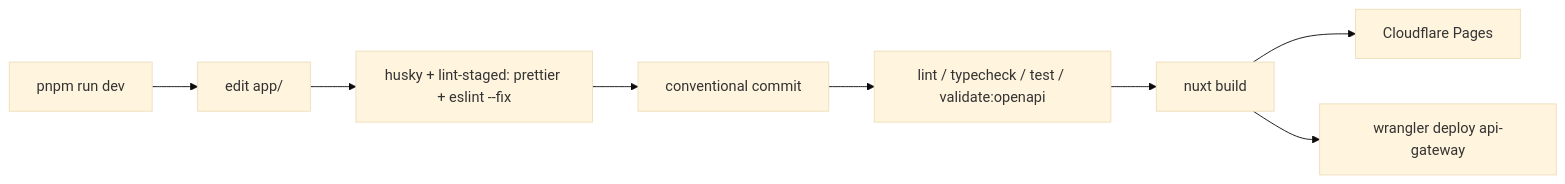
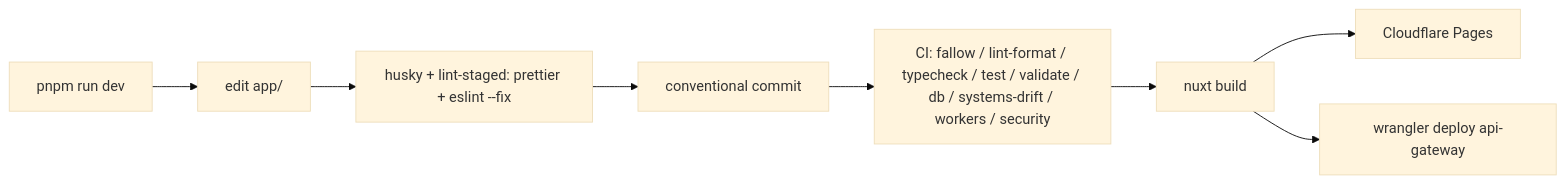
The ninth of 9 diagrams in docs/agent-context/summary/workflows.md (tarkovtracker-org/TarkovTracker), drawn with Mermaid (base theme) before and after one commit. The commit also changed other lines of this file and 5 other files, not shown here.

````diff
--- a/docs/agent-context/summary/workflows.md
+++ b/docs/agent-context/summary/workflows.md
@@ -216,10 +218,10 @@
 ```mermaid
 graph LR
     Dev[pnpm run dev] --> Code[edit app/]
     Code --> Hook[husky + lint-staged: prettier + eslint --fix]
     Hook --> Commit[conventional commit]
-    Commit --> CI[lint / typecheck / test / validate:openapi]
+    Commit --> CI[CI: fallow / lint-format / typecheck / test / validate / db / systems-drift / workers / security]
     CI --> Build[nuxt build]
     Build --> Pages[Cloudflare Pages]
     Build --> Worker[wrangler deploy api-gateway]
 ```
````
